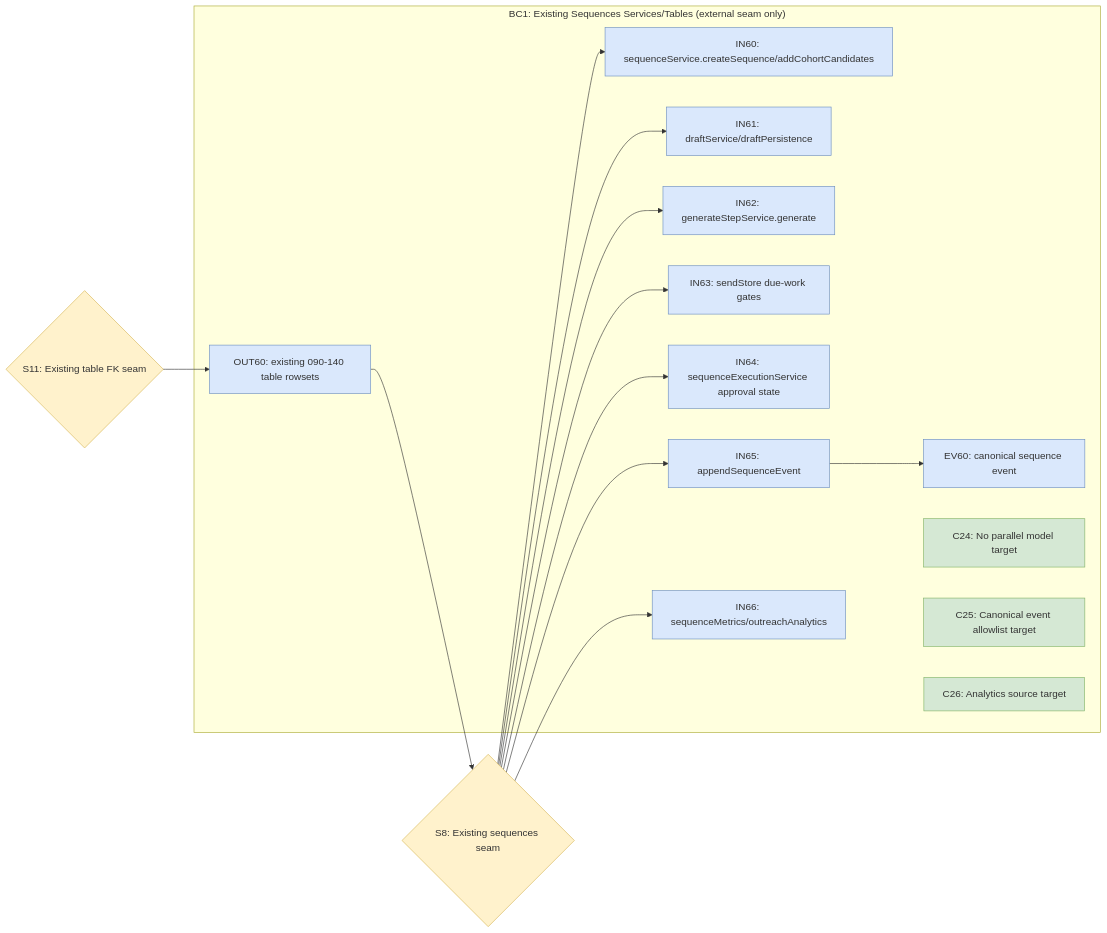
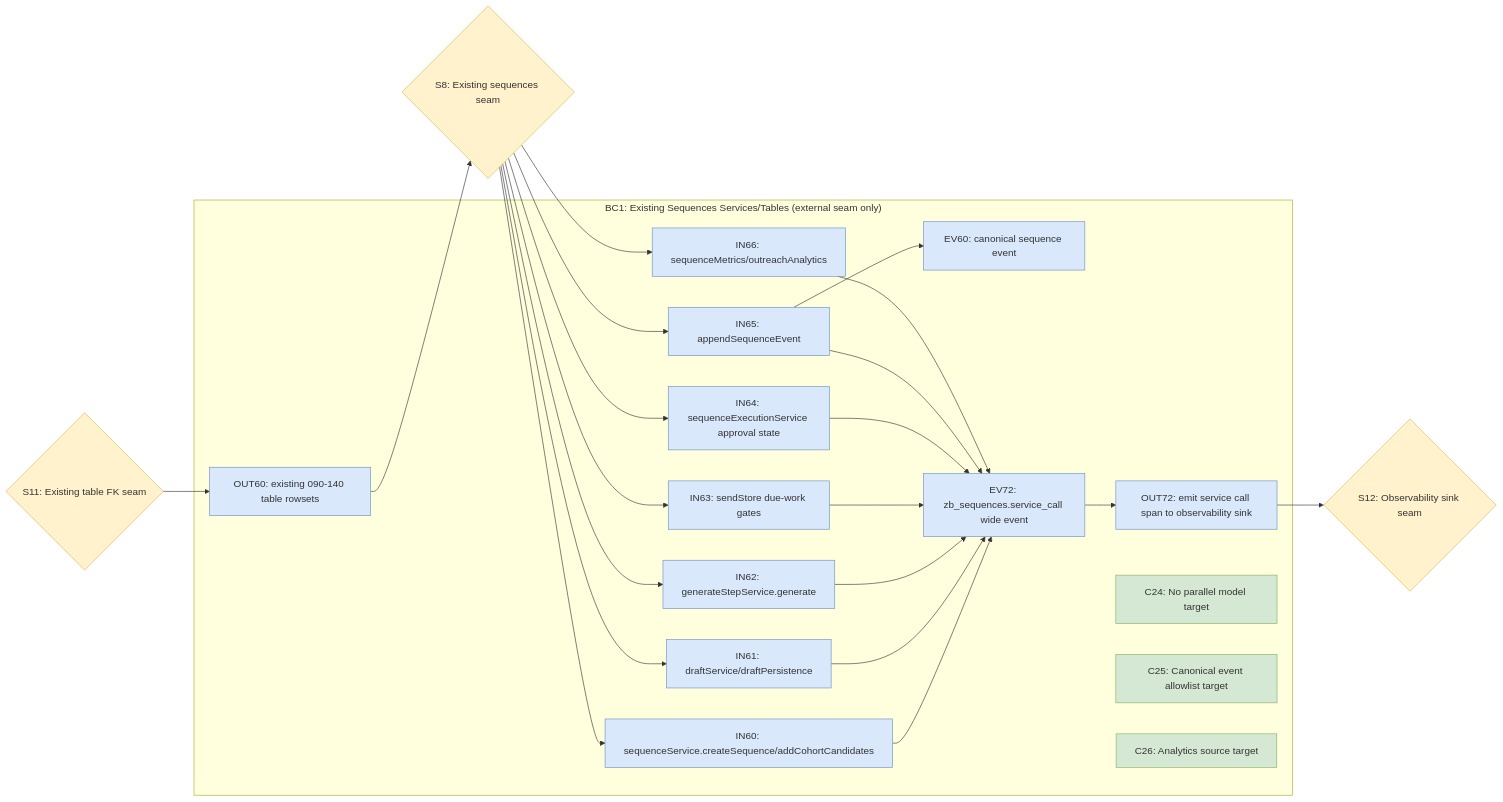
The fifth of 6 diagrams in thoughts/searchable/shared/plans/2026-07-10-zb-sequences-v1-bridge-spec.md (tha-hammer/zigBrowser), drawn with Mermaid before and after one commit. The commit also changed other lines of this file, not shown here.

Commit message:
Add observability to bridge spec

````diff
--- a/thoughts/searchable/shared/plans/2026-07-10-zb-sequences-v1-bridge-spec.md
+++ b/thoughts/searchable/shared/plans/2026-07-10-zb-sequences-v1-bridge-spec.md
@@ -1997,36 +2181,48 @@
 ```mermaid
 graph LR
     classDef iface fill:#dae8fc,stroke:#6c8ebf
     classDef contract fill:#d5e8d4,stroke:#82b366
     classDef seam fill:#fff2cc,stroke:#d6b656
     classDef gap fill:#f8cecc,stroke:#b85450
 
     subgraph BC1["BC1: Existing Sequences Services/Tables (external seam only)"]
         IN60["IN60: sequenceService.createSequence/addCohortCandidates"]:::iface
         IN61["IN61: draftService/draftPersistence"]:::iface
         IN62["IN62: generateStepService.generate"]:::iface
         IN63["IN63: sendStore due-work gates"]:::iface
         IN64["IN64: sequenceExecutionService approval state"]:::iface
         IN65["IN65: appendSequenceEvent"]:::iface
         IN66["IN66: sequenceMetrics/outreachAnalytics"]:::iface
         OUT60["OUT60: existing 090-140 table rowsets"]:::iface
         EV60["EV60: canonical sequence event"]:::iface
+        OUT72["OUT72: emit service call span to observability sink"]:::iface
+        EV72["EV72: zb_sequences.service_call wide event"]:::iface
         C24["C24: No parallel model target"]:::contract
         C25["C25: Canonical event allowlist target"]:::contract
         C26["C26: Analytics source target"]:::contract
     end
 
     S8{"S8: Existing sequences seam"}:::seam
     S11{"S11: Existing table FK seam"}:::seam
+    S12{"S12: Observability sink seam"}:::seam
 
     S8 --> IN60
     S8 --> IN61
     S8 --> IN62
     S8 --> IN63
     S8 --> IN64
     S8 --> IN65
     S8 --> IN66
     OUT60 --> S8
     IN65 --> EV60
     S11 --> OUT60
+    IN60 --> EV72
+    IN61 --> EV72
+    IN62 --> EV72
+    IN63 --> EV72
+    IN64 --> EV72
+    IN65 --> EV72
+    IN66 --> EV72
+    EV72 --> OUT72
+    OUT72 --> S12
 ```
````
